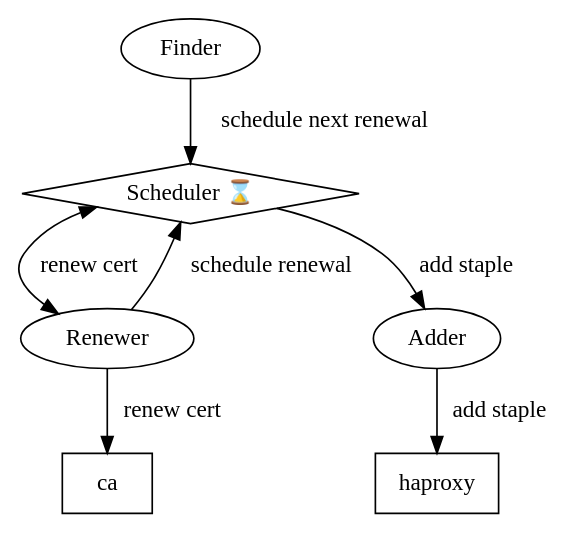
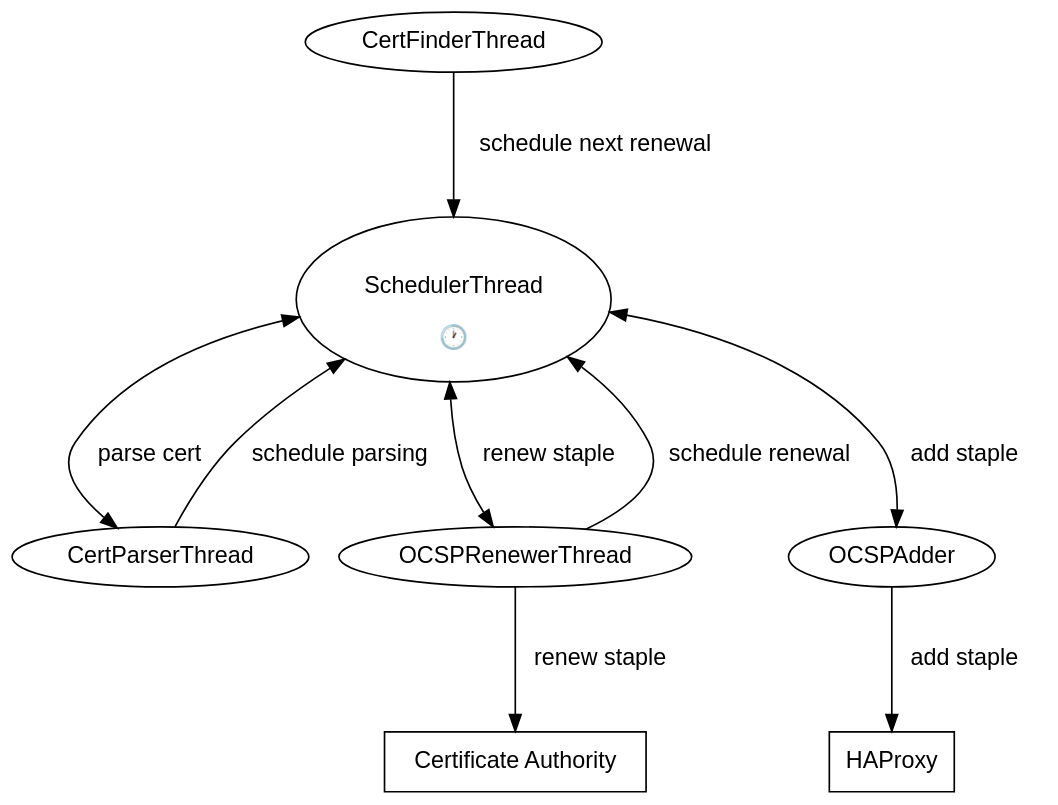
The diagram in docs/source/modules.rst (greenhost/stapled), drawn with Graphviz before and after one commit. The commit also changed other lines of this file and 2 other files, not shown here.

Commit message:
Update graph and documentation.

```diff
--- a/docs/source/modules.rst
+++ b/docs/source/modules.rst
@@ -26,17 +30,22 @@
 .. graphviz::
 
    digraph {
-       graph [fontsize=10, margin=0.001];
-       scheduler [label="Scheduler ⌛" shape=diamond URL="core.html#core.scheduling.SchedulerThread"]
-       finder [label="Finder" URL="core.html#core.certfinder.CertFinderThread"]
-       renewer [label="Renewer" URL="core.html#core.ocsprenewer.OCSPRenewerThread"]
-       adder [label="Adder" URL="core.html#core.ocspadder.OCSPAdder"]
-       haproxy [shape=box URL="https://www.haproxy.com/"]
-       ca[shape=box URL="https://en.wikipedia.org/wiki/Certificate_authority"]
-       finder -> scheduler [label="schedule next renewal"];
-       scheduler -> renewer [dir="both" label="renew cert"]
-       renewer -> ca [label="renew cert"]
-       renewer -> scheduler [label="schedule renewal"]
-       scheduler -> adder [label="add staple"]
-       adder -> haproxy [label="add staple"]
+       graph [fontsize=10, margin=.001, fontname="helvetica" pad=".001", ranksep="1", nodesep="0.001"];
+       node [fontname="helvetica"];
+       edge [fontname="helvetica"];
+       scheduler [label="\nSchedulerThread\n\n🕐" URL="core.html#core.scheduling.SchedulerThread"]
+       finder [label="CertFinderThread" URL="core.html#core.certfinder.CertFinderThread"]
+       parser [label="CertParserThread" URL="core.html#core.certparser.CertParserThread"]
+       renewer [label="OCSPRenewerThread" URL="core.html#core.ocsprenewer.OCSPRenewerThread"]
+       adder [label="OCSPAdder" URL="core.html#core.ocspadder.OCSPAdder"]
+       haproxy [label=HAProxy shape=box URL="https://www.haproxy.com/"]
+       ca[label="Certificate Authority" shape=box URL="https://en.wikipedia.org/wiki/Certificate_authority"]
+       finder -> scheduler [label="  schedule next renewal"];
+       parser -> scheduler [label=" schedule parsing  "]
+       scheduler -> parser [dir="both" label="  parse cert "]
+       scheduler -> renewer [dir="both" label="  renew staple    "]
+       renewer -> ca [label="  renew staple"]
+       renewer -> scheduler [label=" schedule renewal  "]
+       scheduler -> adder [dir="both" label="  add staple  "]
+       adder -> haproxy [label="  add staple  "]
    }
```
